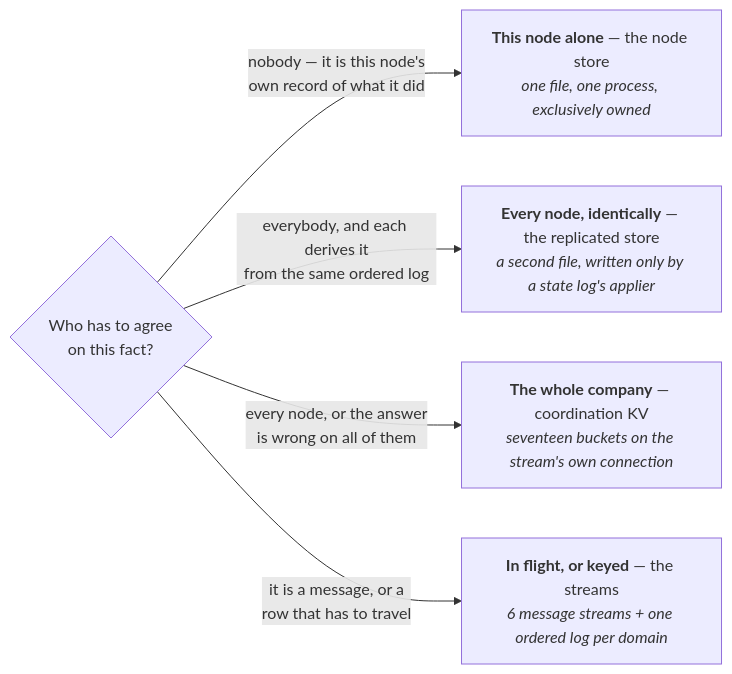
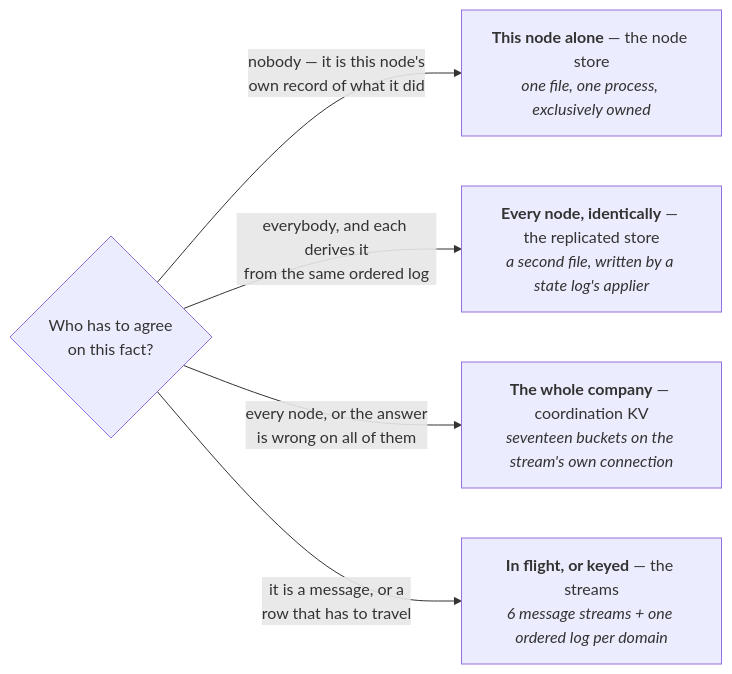
One commit to crewlet/crewlet changed the ninth of 10 diagrams in docs/concepts/architecture.md. Above: the diagram before and after it, drawn with Mermaid. The commit also changed other lines of this file and 15 other files, not shown here.

````diff
--- a/docs/concepts/architecture.md
+++ b/docs/concepts/architecture.md
@@ -496,13 +496,13 @@
 ```mermaid
 flowchart LR
     Q{"Who has to agree<br/>on this fact?"}
     LOCAL["<b>This node alone</b> — the node store<br/><i>one file, one process, exclusively owned</i>"]
-    DERIVED["<b>Every node, identically</b> — the replicated store<br/><i>a second file, written only by a state log's applier</i>"]
+    DERIVED["<b>Every node, identically</b> — the replicated store<br/><i>a second file, written by a state log's applier</i>"]
     FLEET["<b>The whole company</b> — coordination KV<br/><i>seventeen buckets on the stream's own connection</i>"]
     STREAM["<b>In flight, or keyed</b> — the streams<br/><i>6 message streams + one ordered log per domain</i>"]
 
     Q -->|"nobody — it is this node's<br/>own record of what it did"| LOCAL
     Q -->|"everybody, and each derives it<br/>from the same ordered log"| DERIVED
     Q -->|"every node, or the answer<br/>is wrong on all of them"| FLEET
     Q -->|"it is a message, or a<br/>row that has to travel"| STREAM
 ```
````
